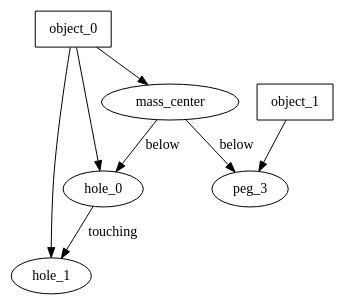
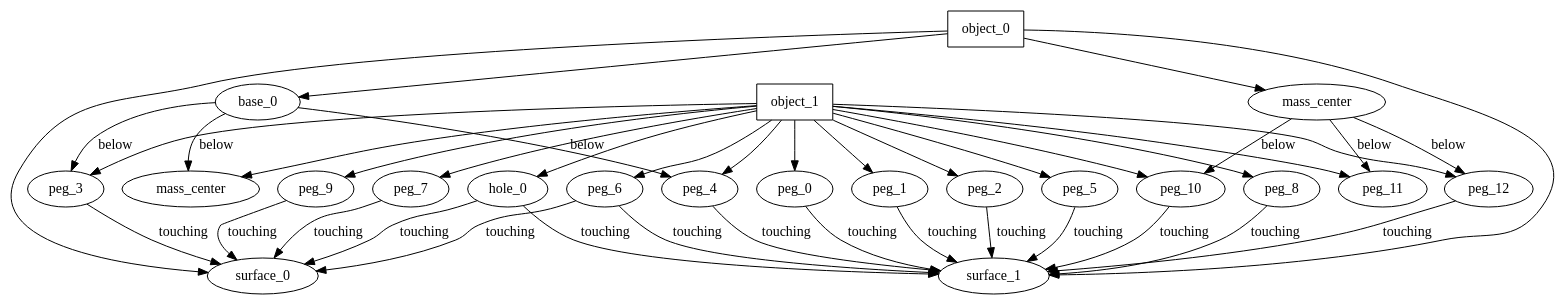
The diagram in graph_task_before.dot (lubiluk/halepensis), drawn with Graphviz before and after one commit. The commit also changed 30 other files, not shown here.

```diff
--- a/graph_task_before.dot
+++ b/graph_task_before.dot
@@ -1,15 +1,63 @@
 digraph G {
 0[label="object_0" shape=box];
-1[label="hole_0"];
-2[label="hole_1"];
+1[label="base_0"];
+2[label="object_1" shape=box];
 3[label="mass_center"];
-4[label="object_1" shape=box];
-5[label="peg_3"];
+4[label="peg_3"];
+5[label="peg_4"];
+6[label="mass_center"];
+7[label="peg_10"];
+8[label="peg_11"];
+9[label="peg_12"];
+10[label="hole_0"];
+11[label="surface_0"];
+12[label="surface_1"];
+13[label="peg_0"];
+14[label="peg_1"];
+15[label="peg_2"];
+16[label="peg_5"];
+17[label="peg_6"];
+18[label="peg_7"];
+19[label="peg_8"];
+20[label="peg_9"];
 0->1 [label=""];
-0->2 [label=""];
-1->2 [label="touching"];
-0->3 [label=""];
-3->1 [label="below"];
-4->5 [label=""];
-3->5 [label="below"];
+2->3 [label=""];
+1->3 [label="below"];
+2->4 [label=""];
+1->4 [label="below"];
+2->5 [label=""];
+1->5 [label="below"];
+0->6 [label=""];
+2->7 [label=""];
+6->7 [label="below"];
+2->8 [label=""];
+6->8 [label="below"];
+2->9 [label=""];
+6->9 [label="below"];
+2->10 [label=""];
+0->11 [label=""];
+10->11 [label="touching"];
+0->12 [label=""];
+10->12 [label="touching"];
+2->13 [label=""];
+13->12 [label="touching"];
+2->14 [label=""];
+14->12 [label="touching"];
+7->12 [label="touching"];
+9->12 [label="touching"];
+2->15 [label=""];
+15->12 [label="touching"];
+4->11 [label="touching"];
+5->12 [label="touching"];
+2->16 [label=""];
+16->12 [label="touching"];
+2->17 [label=""];
+17->11 [label="touching"];
+17->12 [label="touching"];
+2->18 [label=""];
+18->11 [label="touching"];
+2->19 [label=""];
+19->12 [label="touching"];
+2->20 [label=""];
+20->11 [label="touching"];
 }
```
